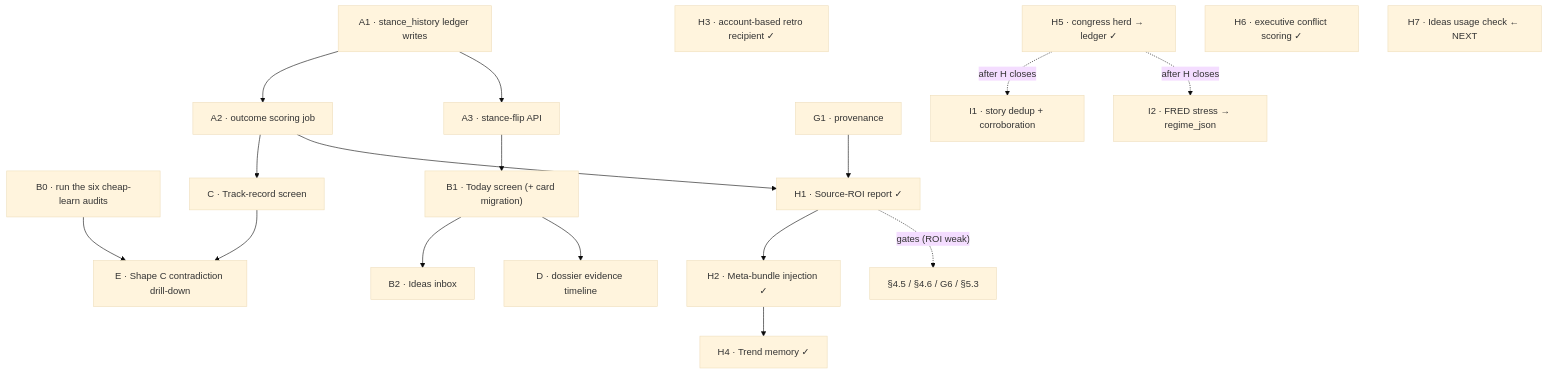
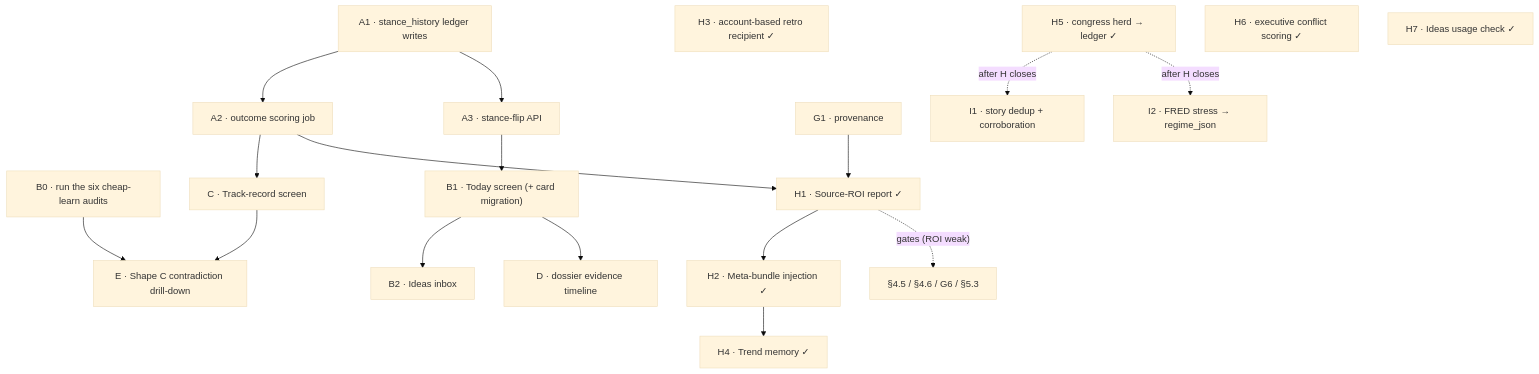
One commit to CreamyG31337/Portfolio-AI changed the second of 4 diagrams in docs/ROADMAP.md. Above: the diagram before and after it, drawn with Mermaid (base theme). The commit also changed other lines of this file and 9 other files, not shown here.

First line of the commit message:
feat(database): add stance outcome attempts table to schema

````diff
--- a/docs/ROADMAP.md
+++ b/docs/ROADMAP.md
@@ -660,22 +700,22 @@
 ```mermaid
 flowchart TD
     A1["A1 · stance_history ledger writes"] --> A2["A2 · outcome scoring job"]
     A1 --> A3["A3 · stance-flip API"]
     B0["B0 · run the six cheap-learn audits"] --> E1["E · Shape C contradiction drill-down"]
     A3 --> B1["B1 · Today screen (+ card migration)"]
     B1 --> B2["B2 · Ideas inbox"]
     A2 --> C1["C · Track-record screen"]
     B1 --> D1["D · dossier evidence timeline"]
     C1 --> E1
     G1["G1 · provenance"] --> H1["H1 · Source-ROI report ✓"]
     A2 --> H1
     H1 --> H2["H2 · Meta-bundle injection ✓"]
     H1 -.->|"gates (ROI weak)"| F56["§4.5 / §4.6 / G6 / §5.3"]
     H3["H3 · account-based retro recipient ✓"]
     H2 --> H4["H4 · Trend memory ✓"]
     H5["H5 · congress herd → ledger ✓"]
     H6["H6 · executive conflict scoring ✓"]
-    H7["H7 · Ideas usage check ← NEXT"]
+    H7["H7 · Ideas usage check ✓"]
     H5 -.->|"after H closes"| I1["I1 · story dedup + corroboration"]
     H5 -.->|"after H closes"| I2["I2 · FRED stress → regime_json"]
 ```
````
